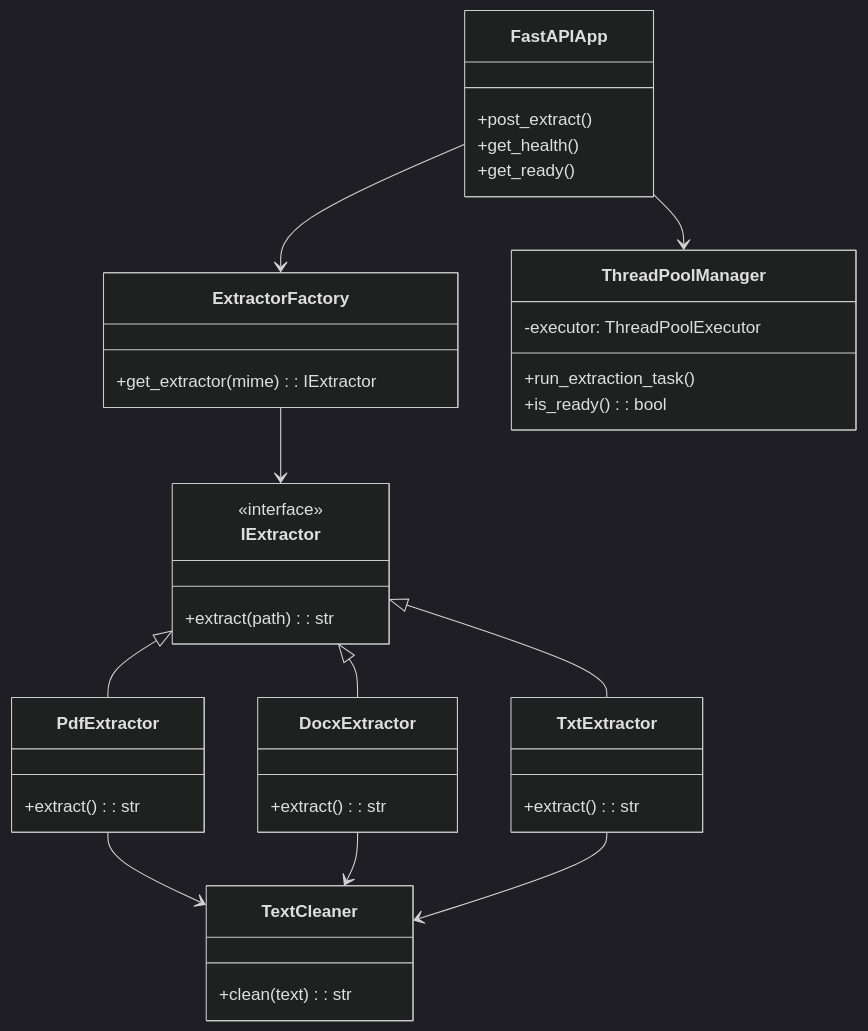
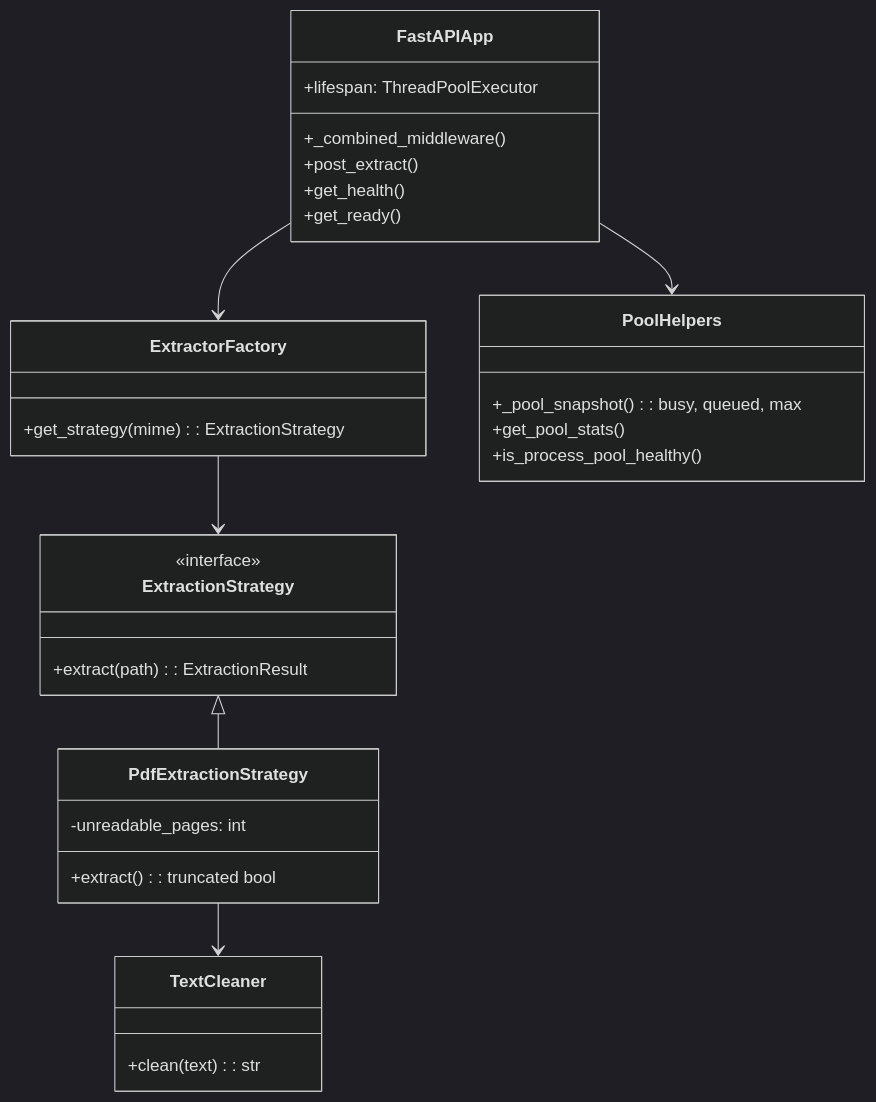
Before and after one commit to kunalPisolkar24/detectAI: the fourth of 4 diagrams in services/document-parser/docs/01-architecture.md, drawn with Mermaid (dark theme). The commit also changed other lines of this file and 4 other files, not shown here.

````diff
--- a/services/document-parser/docs/01-architecture.md
+++ b/services/document-parser/docs/01-architecture.md
@@ -54,41 +59,34 @@
 ```mermaid
 classDiagram
     class FastAPIApp {
+        +lifespan: ThreadPoolExecutor
+        +_combined_middleware()
         +post_extract()
         +get_health()
         +get_ready()
     }
     class ExtractorFactory {
-        +get_extractor(mime): IExtractor
+        +get_strategy(mime): ExtractionStrategy
     }
-    class IExtractor {
+    class ExtractionStrategy {
         <<interface>>
-        +extract(path): str
+        +extract(path): ExtractionResult
     }
-    class PdfExtractor {
-        +extract(): str
-    }
-    class DocxExtractor {
-        +extract(): str
-    }
-    class TxtExtractor {
-        +extract(): str
+    class PdfExtractionStrategy {
+        -unreadable_pages: int
+        +extract(): truncated bool
     }
     class TextCleaner {
         +clean(text): str
     }
-    class ThreadPoolManager {
-        -executor: ThreadPoolExecutor
-        +run_extraction_task()
-        +is_ready(): bool
+    class PoolHelpers {
+        +_pool_snapshot(): busy, queued, max
+        +get_pool_stats()
+        +is_process_pool_healthy()
     }
     FastAPIApp --> ExtractorFactory
-    ExtractorFactory --> IExtractor
-    IExtractor <|-- PdfExtractor
-    IExtractor <|-- DocxExtractor
-    IExtractor <|-- TxtExtractor
-    PdfExtractor --> TextCleaner
-    DocxExtractor --> TextCleaner
-    TxtExtractor --> TextCleaner
-    FastAPIApp --> ThreadPoolManager
+    ExtractorFactory --> ExtractionStrategy
+    ExtractionStrategy <|-- PdfExtractionStrategy
+    PdfExtractionStrategy --> TextCleaner
+    FastAPIApp --> PoolHelpers
 ```
````
